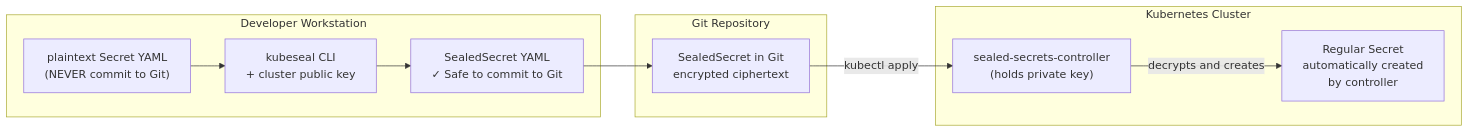
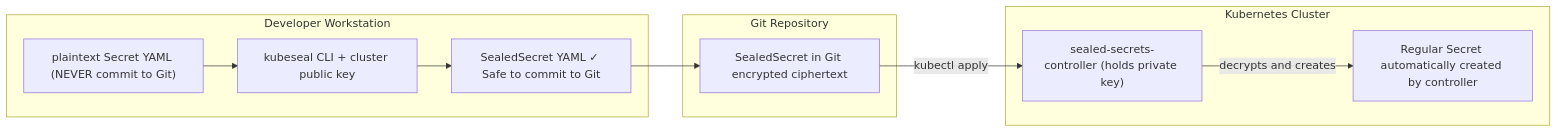
One commit to UncleJS/course_k3s changed the fourth of 6 diagrams in 09_security/04_secrets_management.md. Above: the diagram before and after it, drawn with Mermaid. The commit also changed other lines of this file and 57 other files, not shown here.

````diff
--- a/09_security/04_secrets_management.md
+++ b/09_security/04_secrets_management.md
@@ -305,21 +305,21 @@
 ```mermaid
 flowchart LR
     subgraph "Developer Workstation"
-        RAW["plaintext Secret YAML\n(NEVER commit to Git)"]
-        KUBESEAL["kubeseal CLI\n+ cluster public key"]
-        SEALED["SealedSecret YAML\n✓ Safe to commit to Git"]
+        RAW["plaintext Secret YAML (NEVER commit to Git)"]
+        KUBESEAL["kubeseal CLI + cluster public key"]
+        SEALED["SealedSecret YAML ✓ Safe to commit to Git"]
         RAW --> KUBESEAL --> SEALED
     end
 
     subgraph "Git Repository"
-        GITSEALED["SealedSecret in Git\nencrypted ciphertext"]
+        GITSEALED["SealedSecret in Git encrypted ciphertext"]
         SEALED --> GITSEALED
     end
 
     subgraph "Kubernetes Cluster"
-        CONTROLLER["sealed-secrets-controller\n(holds private key)"]
-        DECRYPTED["Regular Secret\nautomatically created\nby controller"]
+        CONTROLLER["sealed-secrets-controller (holds private key)"]
+        DECRYPTED["Regular Secret automatically created by controller"]
         GITSEALED -->|kubectl apply| CONTROLLER
         CONTROLLER -->|decrypts and creates| DECRYPTED
     end
 ```
````
